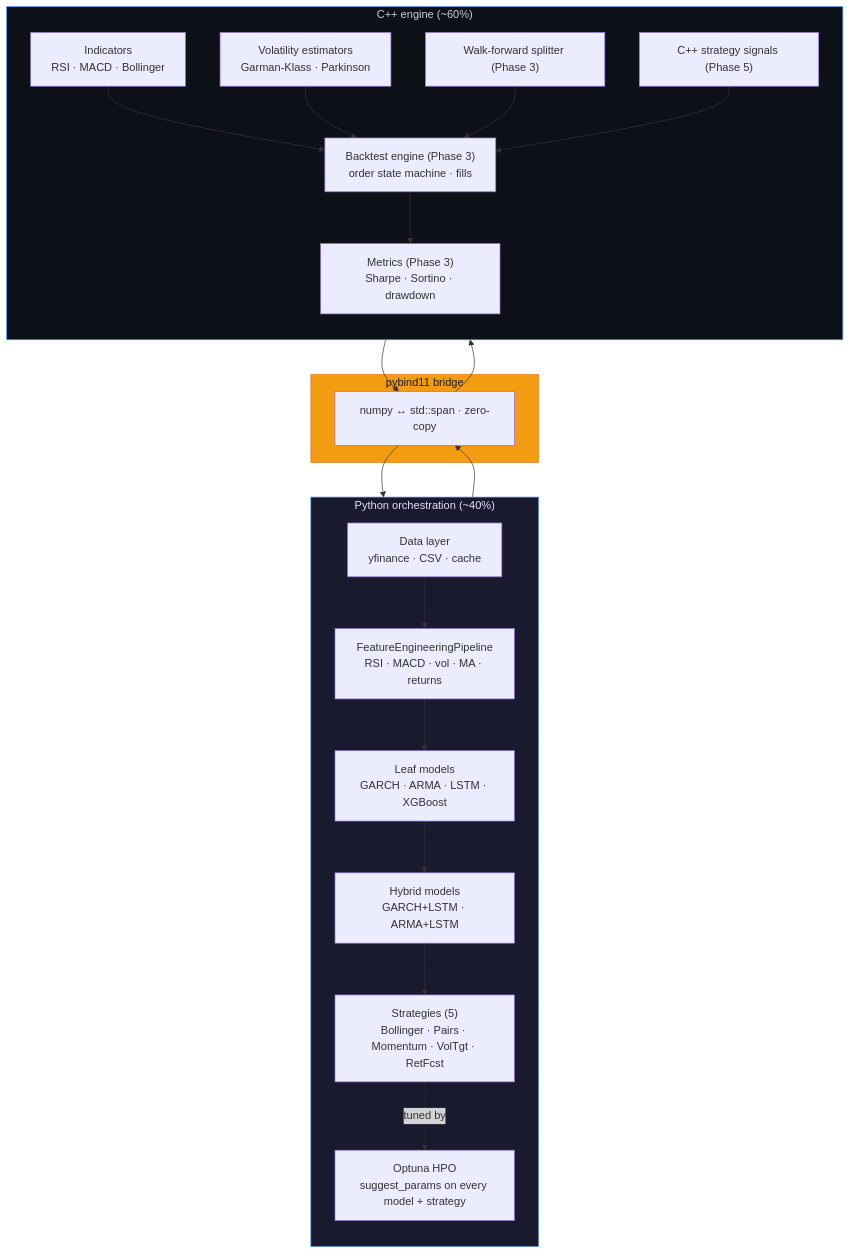
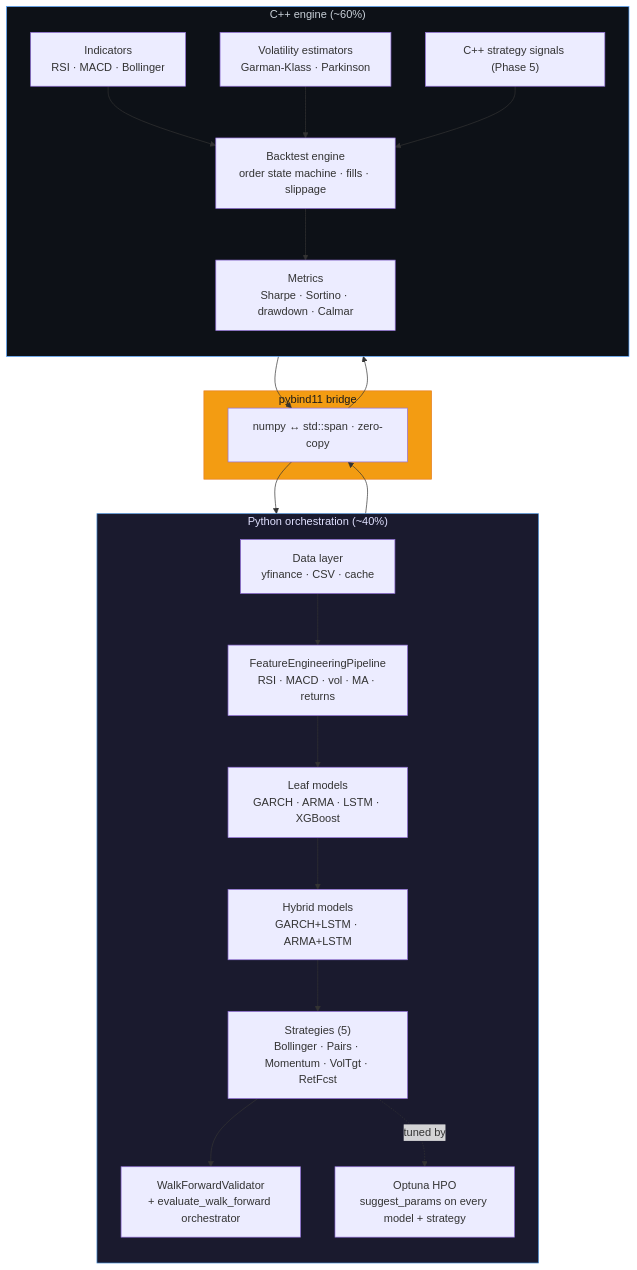
The first of 4 diagrams in README.md (Alextz307/quantforge), drawn with Mermaid before and after one commit. The commit also changed other lines of this file and 5 other files, not shown here.

Commit message:
Add C++ benchmarks for BacktestEngine and MetricsCalculator

````diff
--- a/README.md
+++ b/README.md
@@ -9,42 +9,42 @@
 ```mermaid
 graph TB
     subgraph py["Python orchestration (~40%)"]
         direction TB
         data["Data layer<br/>yfinance · CSV · cache"]
         feat["FeatureEngineeringPipeline<br/>RSI · MACD · vol · MA · returns"]
         leaf["Leaf models<br/>GARCH · ARMA · LSTM · XGBoost"]
         hyb["Hybrid models<br/>GARCH+LSTM · ARMA+LSTM"]
         strat["Strategies (5)<br/>Bollinger · Pairs · Momentum · VolTgt · RetFcst"]
+        wforch["WalkForwardValidator<br/>+ evaluate_walk_forward orchestrator"]
         hpo["Optuna HPO<br/>suggest_params on every model + strategy"]
         data --> feat --> leaf --> hyb --> strat
+        strat --> wforch
         strat -. tuned by .-> hpo
     end
 
     subgraph bridge["pybind11 bridge"]
         numpy["numpy ↔ std::span · zero-copy"]
     end
 
     subgraph cpp["C++ engine (~60%)"]
         direction TB
         indicators["Indicators<br/>RSI · MACD · Bollinger"]
         voles["Volatility estimators<br/>Garman-Klass · Parkinson"]
-        backtest["Backtest engine (Phase 3)<br/>order state machine · fills"]
-        metrics["Metrics (Phase 3)<br/>Sharpe · Sortino · drawdown"]
-        wf["Walk-forward splitter (Phase 3)"]
+        backtest["Backtest engine<br/>order state machine · fills · slippage"]
+        metrics["Metrics<br/>Sharpe · Sortino · drawdown · Calmar"]
         cppstrat["C++ strategy signals (Phase 5)"]
         indicators --> backtest
         voles --> backtest
-        wf --> backtest
         backtest --> metrics
         cppstrat --> backtest
     end
 
-    strat --> numpy
+    wforch --> numpy
     numpy --> backtest
     metrics --> numpy
     numpy --> hpo
 
     style py fill:#1a1a2e,color:#e0e0ff,stroke:#4a90d9
     style bridge fill:#f39c12,color:#1a1a1a,stroke:#e67e22
     style cpp fill:#0d1117,color:#c9d1d9,stroke:#58a6ff
 ```
````
